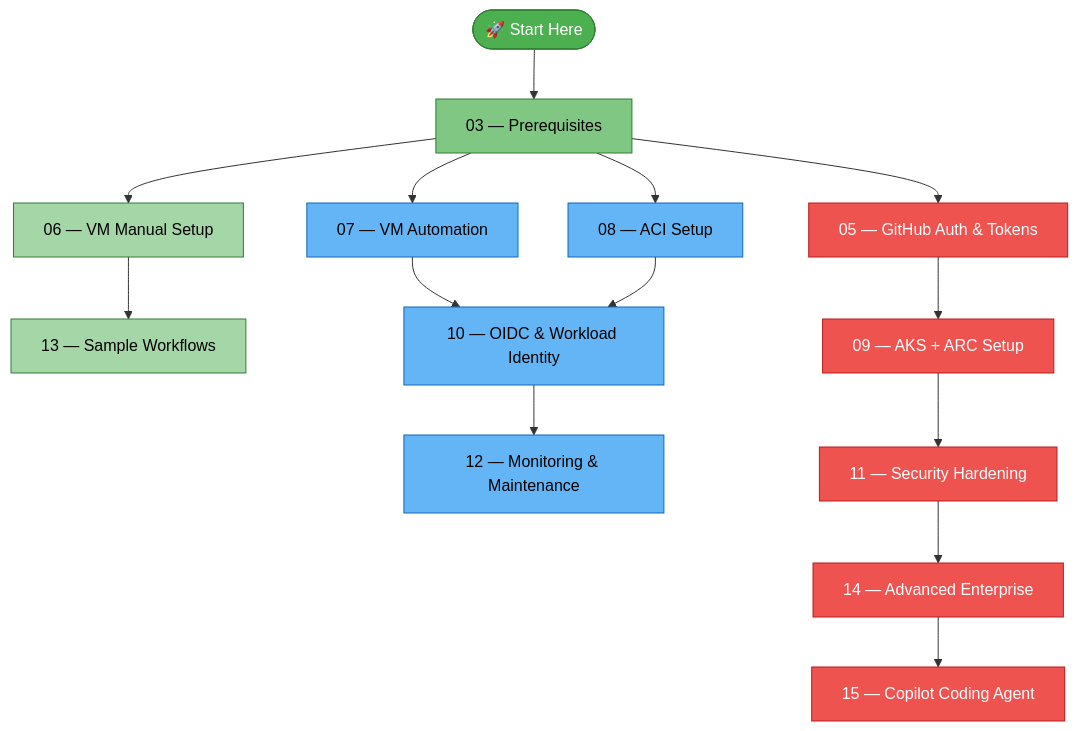
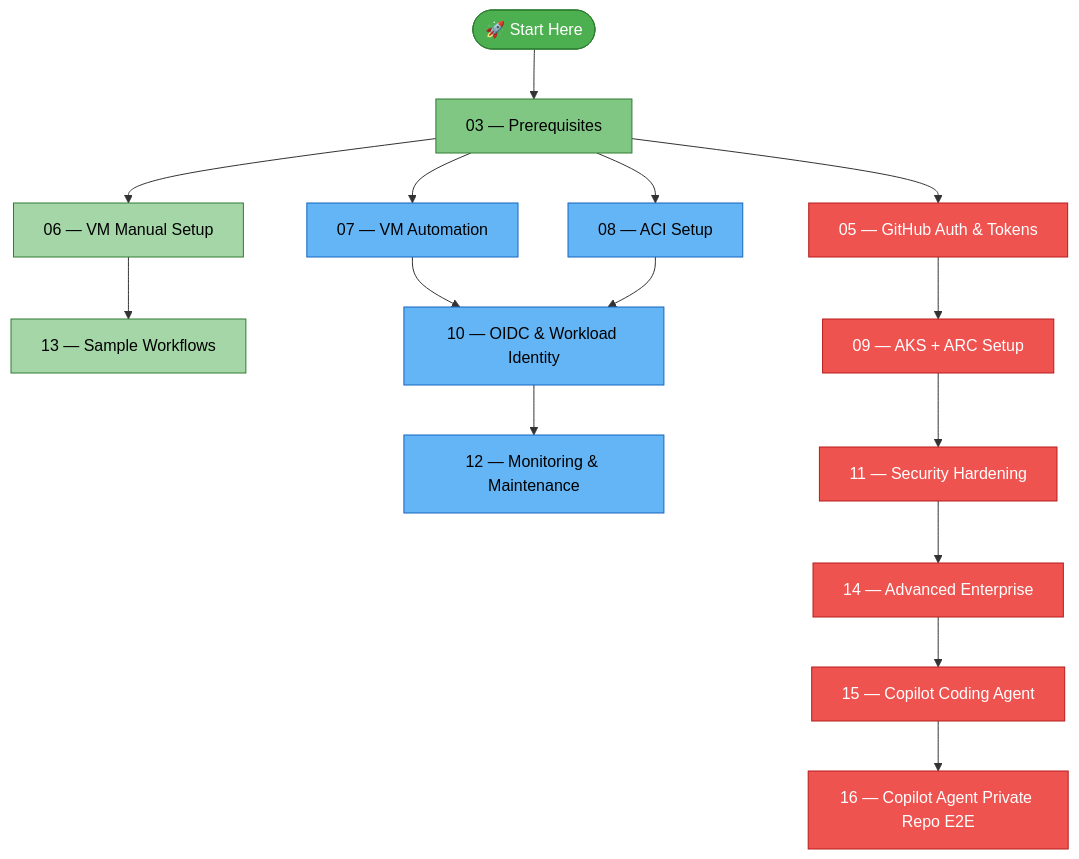
Before and after one commit to shinyay/getting-started-with-self-hosted-runners: the diagram in docs/README.md, drawn with Mermaid. The commit also changed other lines of this file and 3 other files, not shown here.

First line of the commit message:
docs(16): end-to-end Copilot coding agent on a private repo (AKS + ARC + GitHub App)

````diff
--- a/docs/README.md
+++ b/docs/README.md
@@ -9,41 +9,43 @@
 ```mermaid
 graph TD
     START([🚀 Start Here]) --> PREREQ[03 — Prerequisites]
 
     %% Beginner Track
     PREREQ --> VM[06 — VM Manual Setup]
     VM --> WORKFLOWS[13 — Sample Workflows]
 
     %% Intermediate Track
     PREREQ --> VMAUT[07 — VM Automation]
     PREREQ --> ACI[08 — ACI Setup]
     VMAUT --> OIDC[10 — OIDC & Workload Identity]
     ACI --> OIDC
     OIDC --> MON[12 — Monitoring & Maintenance]
 
     %% Advanced Track
     PREREQ --> AUTH[05 — GitHub Auth & Tokens]
     AUTH --> AKS[09 — AKS + ARC Setup]
     AKS --> SEC[11 — Security Hardening]
     SEC --> ENT[14 — Advanced Enterprise]
     ENT --> COPILOT[15 — Copilot Coding Agent]
+    COPILOT --> E2E[16 — Copilot Agent Private Repo E2E]
 
     %% Styles — Beginner (green)
     style START fill:#4CAF50,stroke:#2E7D32,color:#fff
     style PREREQ fill:#81C784,stroke:#2E7D32,color:#000
     style VM fill:#A5D6A7,stroke:#2E7D32,color:#000
     style WORKFLOWS fill:#A5D6A7,stroke:#2E7D32,color:#000
 
     %% Styles — Intermediate (blue)
     style VMAUT fill:#64B5F6,stroke:#1565C0,color:#000
     style ACI fill:#64B5F6,stroke:#1565C0,color:#000
     style OIDC fill:#64B5F6,stroke:#1565C0,color:#000
     style MON fill:#64B5F6,stroke:#1565C0,color:#000
 
     %% Styles — Advanced (red)
     style AUTH fill:#EF5350,stroke:#B71C1C,color:#fff
     style AKS fill:#EF5350,stroke:#B71C1C,color:#fff
     style SEC fill:#EF5350,stroke:#B71C1C,color:#fff
     style ENT fill:#EF5350,stroke:#B71C1C,color:#fff
     style COPILOT fill:#EF5350,stroke:#B71C1C,color:#fff
+    style E2E fill:#EF5350,stroke:#B71C1C,color:#fff
 ```
````
